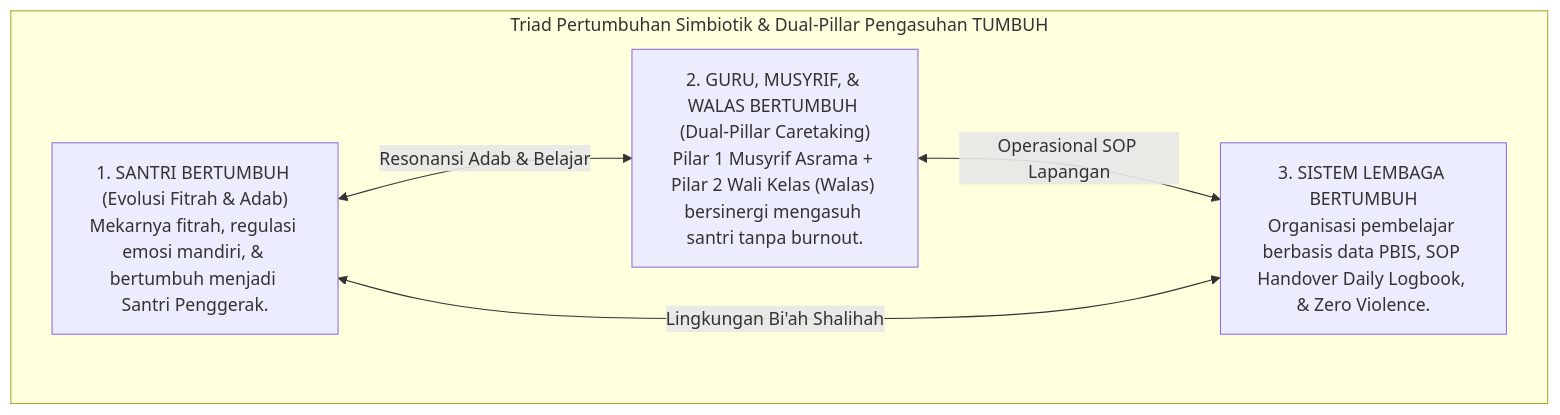
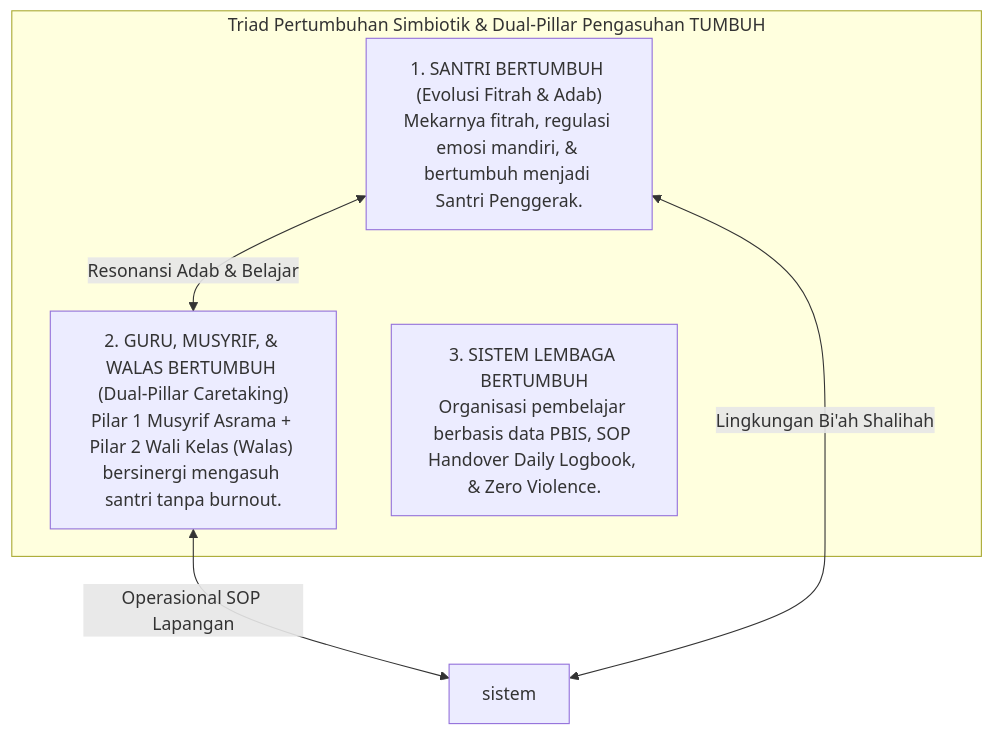
One commit to wandiapriliyandi/tumbuh changed the third of 3 diagrams in 01 Philosophy/Jurnal-Monograf-Riset-Filosofi-TUMBUH.md. Above: the diagram before and after it, drawn with Mermaid. The commit also changed 605 other files, not shown here.

````diff
--- a/01 Philosophy/Jurnal-Monograf-Riset-Filosofi-TUMBUH.md
+++ b/01 Philosophy/Jurnal-Monograf-Riset-Filosofi-TUMBUH.md
@@ -77,12 +77,11 @@
 ```mermaid
 graph TD
     subgraph Model_Triad_Simbiotik["Triad Pertumbuhan Simbiotik & Dual-Pillar Pengasuhan TUMBUH"]
         Santri["1. SANTRI BERTUMBUH (Evolusi Fitrah & Adab)<br/>Mekarnya fitrah, regulasi emosi mandiri, & bertumbuh menjadi Santri Penggerak."]
         Guru["2. GURU, MUSYRIF, & WALAS BERTUMBUH (Dual-Pillar Caretaking)<br/>Pilar 1 Musyrif Asrama + Pilar 2 Wali Kelas (Walas) bersinergi mengasuh santri tanpa burnout."]
         Sistem["3. SISTEM LEMBAGA BERTUMBUH<br/>Organisasi pembelajar berbasis data PBIS, SOP Handover Daily Logbook, & Zero Violence."]
     end
 
     Santri <--> |Resonansi Adab & Belajar| Guru
-    Guru <--> |Operasional SOP Lapangan| Sistem
-    Sistem <--> |Lingkungan Bi'ah Shalihah| Santri
+    Guru <--> |Operasional SOP Lapangan| sistem <--> |Lingkungan Bi'ah Shalihah| Santri
 ```
````
